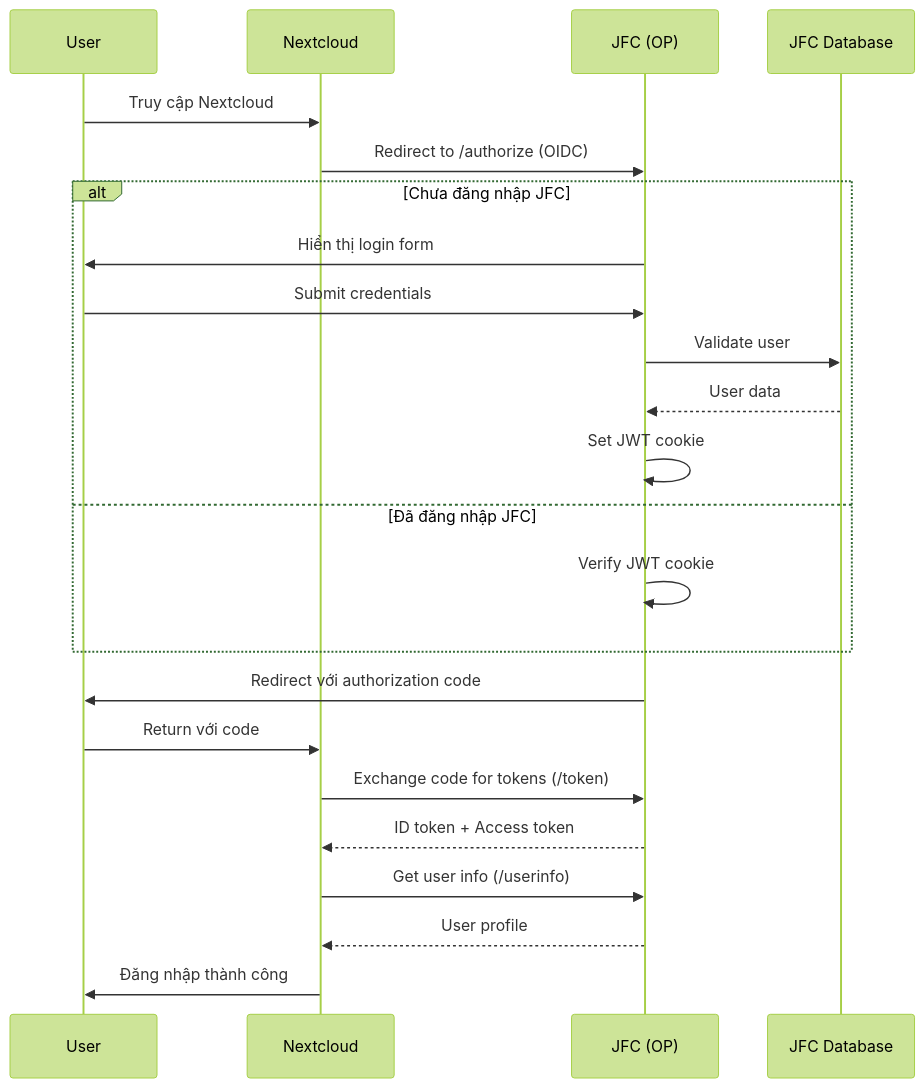
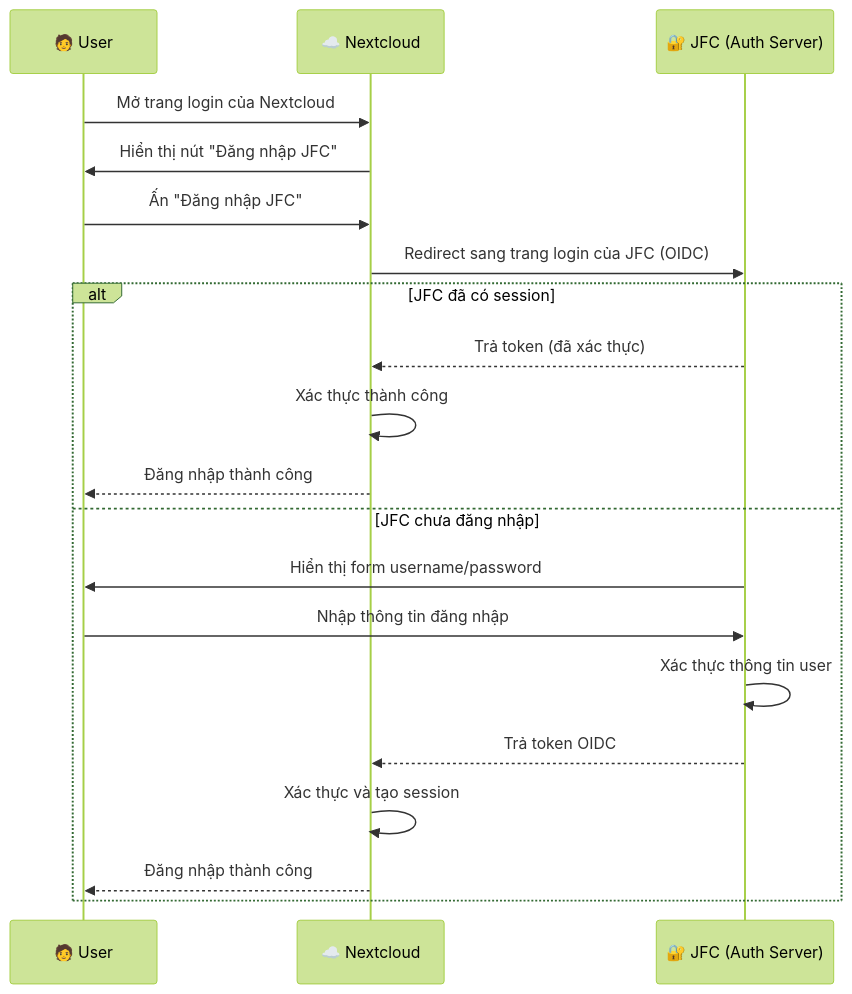
The first of 5 diagrams in Theory/markdown.md (Wind1102/Learn), drawn with Mermaid (forest theme) before and after one commit. The commit also changed other lines of this file and 4 other files, not shown here.

````diff
--- a/Theory/markdown.md
+++ b/Theory/markdown.md
@@ -4,28 +3,24 @@
 ```mermaid
 sequenceDiagram
-    participant User
-    participant Nextcloud
-    participant JFC as JFC (OP)
-    participant JFC_DB as JFC Database
+    participant User as 🧑 User
+    participant Nextcloud as ☁️ Nextcloud
+    participant JFC as 🔐 JFC (Auth Server)
 
-    User->>Nextcloud: Truy cập Nextcloud
-    Nextcloud->>JFC: Redirect to /authorize (OIDC)
-    
-    alt Chưa đăng nhập JFC
-        JFC->>User: Hiển thị login form
-        User->>JFC: Submit credentials
-        JFC->>JFC_DB: Validate user
-        JFC_DB-->>JFC: User data
-        JFC->>JFC: Set JWT cookie
-    else Đã đăng nhập JFC
-        JFC->>JFC: Verify JWT cookie
+    User->>Nextcloud: Mở trang login của Nextcloud
+    Nextcloud->>User: Hiển thị nút "Đăng nhập JFC"
+    User->>Nextcloud: Ấn "Đăng nhập JFC"
+    Nextcloud->>JFC: Redirect sang trang login của JFC (OIDC)
+    alt JFC đã có session
+        JFC-->>Nextcloud: Trả token (đã xác thực)
+        Nextcloud->>Nextcloud: Xác thực thành công
+        Nextcloud-->>User: Đăng nhập thành công
+    else JFC chưa đăng nhập
+        JFC->>User: Hiển thị form username/password
+        User->>JFC: Nhập thông tin đăng nhập
+        JFC->>JFC: Xác thực thông tin user
+        JFC-->>Nextcloud: Trả token OIDC
+        Nextcloud->>Nextcloud: Xác thực và tạo session
+        Nextcloud-->>User: Đăng nhập thành công
     end
-    
-    JFC->>User: Redirect với authorization code
-    User->>Nextcloud: Return với code
-    Nextcloud->>JFC: Exchange code for tokens (/token)
-    JFC-->>Nextcloud: ID token + Access token
-    Nextcloud->>JFC: Get user info (/userinfo)
-    JFC-->>Nextcloud: User profile
-    Nextcloud->>User: Đăng nhập thành công
-```
+
+``` 
````
